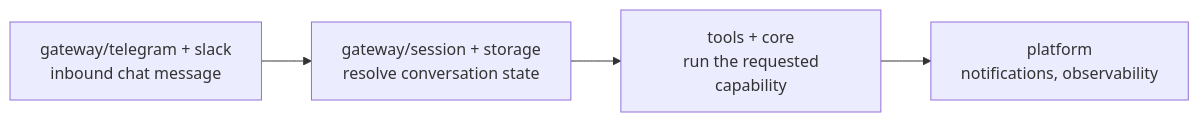
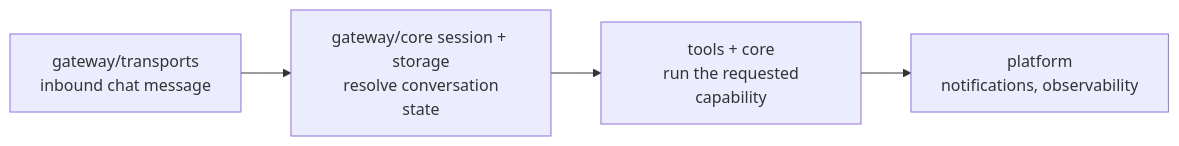
The third of 3 diagrams in docs/ARCHITECTURE.md (Aedwon/opensre), drawn with Mermaid before and after one commit. The commit also changed other lines of this file and 272 other files, not shown here.

````diff
--- a/docs/ARCHITECTURE.md
+++ b/docs/ARCHITECTURE.md
@@ -171,6 +172,6 @@
 ```mermaid
 flowchart LR
-    A["gateway/telegram + slack\n inbound chat message"] --> B["gateway/session + storage\n resolve conversation state"]
+    A["gateway/transports\n inbound chat message"] --> B["gateway/core session + storage\n resolve conversation state"]
     B --> C["tools + core\n run the requested capability"]
     C --> D["platform\n notifications, observability"]
 ```
````
